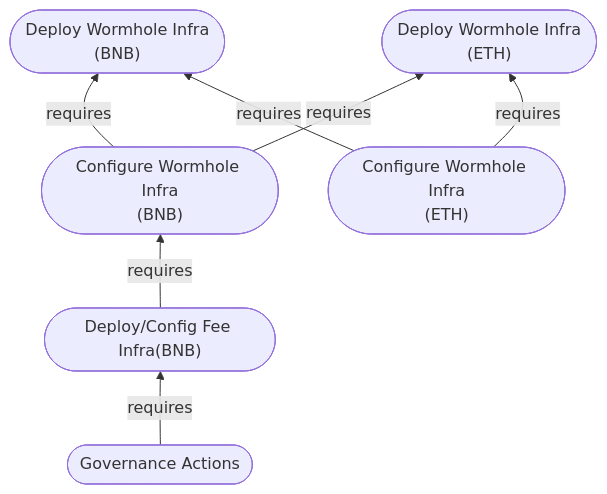
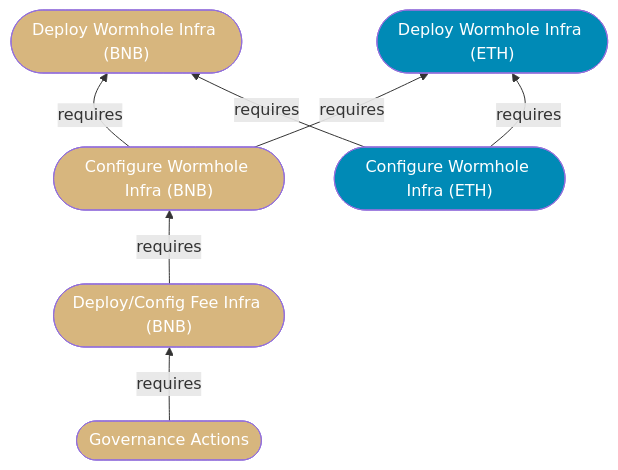
One commit to Uniswap/protocol-fees changed the first of 4 diagrams in script/proposal-4/Index.md. Above: the diagram before and after it, drawn with Mermaid. The commit also changed other lines of this file and 3 other files, not shown here.

````diff
--- a/script/proposal-4/Index.md
+++ b/script/proposal-4/Index.md
@@ -43,15 +43,18 @@
 ```mermaid
 flowchart BT
-    DWIB(["Deploy Wormhole Infra\n(BNB)"])
-    DWIE(["Deploy Wormhole Infra\n(ETH)"])
-    CWIB(["Configure Wormhole Infra\n(BNB)"])
-    CWIE(["Configure Wormhole Infra\n(ETH)"])
-    DCFIB(["Deploy/Config Fee Infra(BNB)"])
-    GA(["Governance Actions"])
+    DWIB(["Deploy Wormhole Infra (BNB)"]):::on_bnb
+    DWIE(["Deploy Wormhole Infra (ETH)"]):::on_eth
+    CWIB(["Configure Wormhole Infra (BNB)"]):::on_bnb
+    CWIE(["Configure Wormhole Infra (ETH)"]):::on_eth
+    DCFIB(["Deploy/Config Fee Infra (BNB)"]):::on_bnb
+    GA(["Governance Actions"]):::on_bnb
 
     GA   -->|requires| DCFIB -->|requires| CWIB
     CWIB -->|requires| DWIB
     CWIB -->|requires| DWIE
     CWIE -->|requires| DWIB
     CWIE -->|requires| DWIE
+
+    classDef on_bnb fill:#d7b67e,color:#fff
+    classDef on_eth fill:#008ab6,color:#fff
 ```
````
